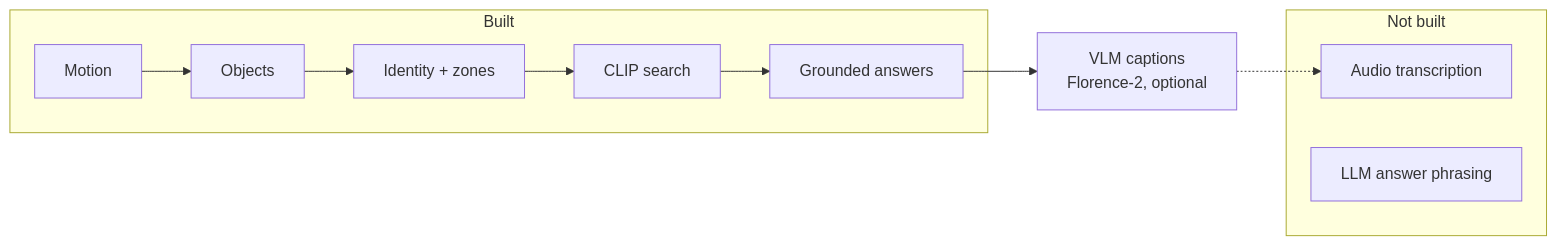
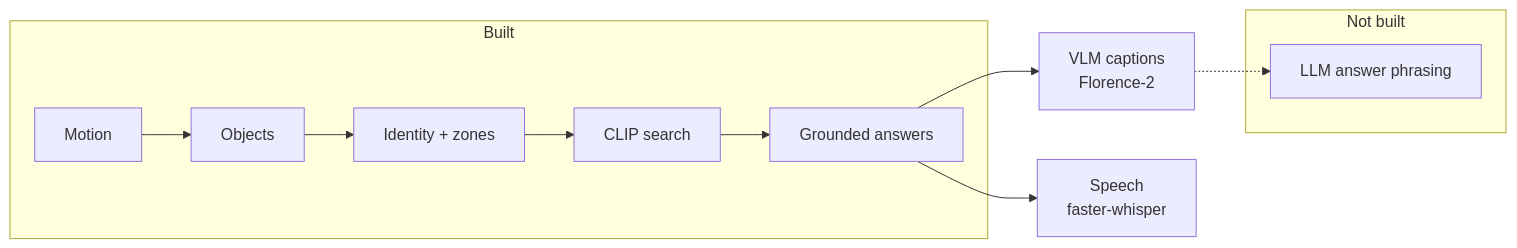
One commit to amerganim/TextSearchVDO changed the fourth of 5 diagrams in docs/HOW-IT-WORKS.md. Above: the diagram before and after it, drawn with Mermaid. The commit also changed other lines of this file and 26 other files, not shown here.

````diff
--- a/docs/HOW-IT-WORKS.md
+++ b/docs/HOW-IT-WORKS.md
@@ -434,13 +463,14 @@
 ```mermaid
 flowchart LR
     subgraph BUILT["Built"]
         A["Motion"] --> B["Objects"] --> C["Identity + zones"] --> D["CLIP search"] --> E["Grounded answers"]
     end
-    F["VLM captions<br/>Florence-2, optional"]
+    F["VLM captions<br/>Florence-2"]
+    G["Speech<br/>faster-whisper"]
     E --> F
+    E --> G
     subgraph NEXT["Not built"]
-        G["Audio transcription"]
         H["LLM answer phrasing"]
     end
-    F -.-> G
+    F -.-> H
 ```
````
